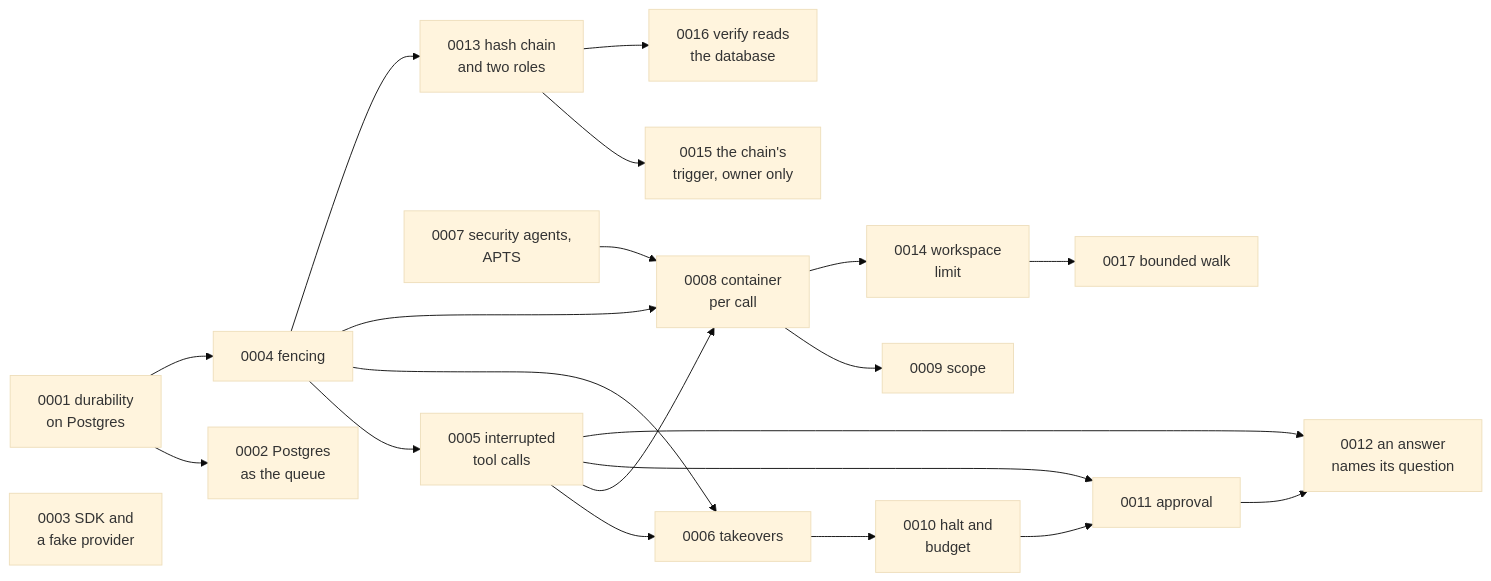
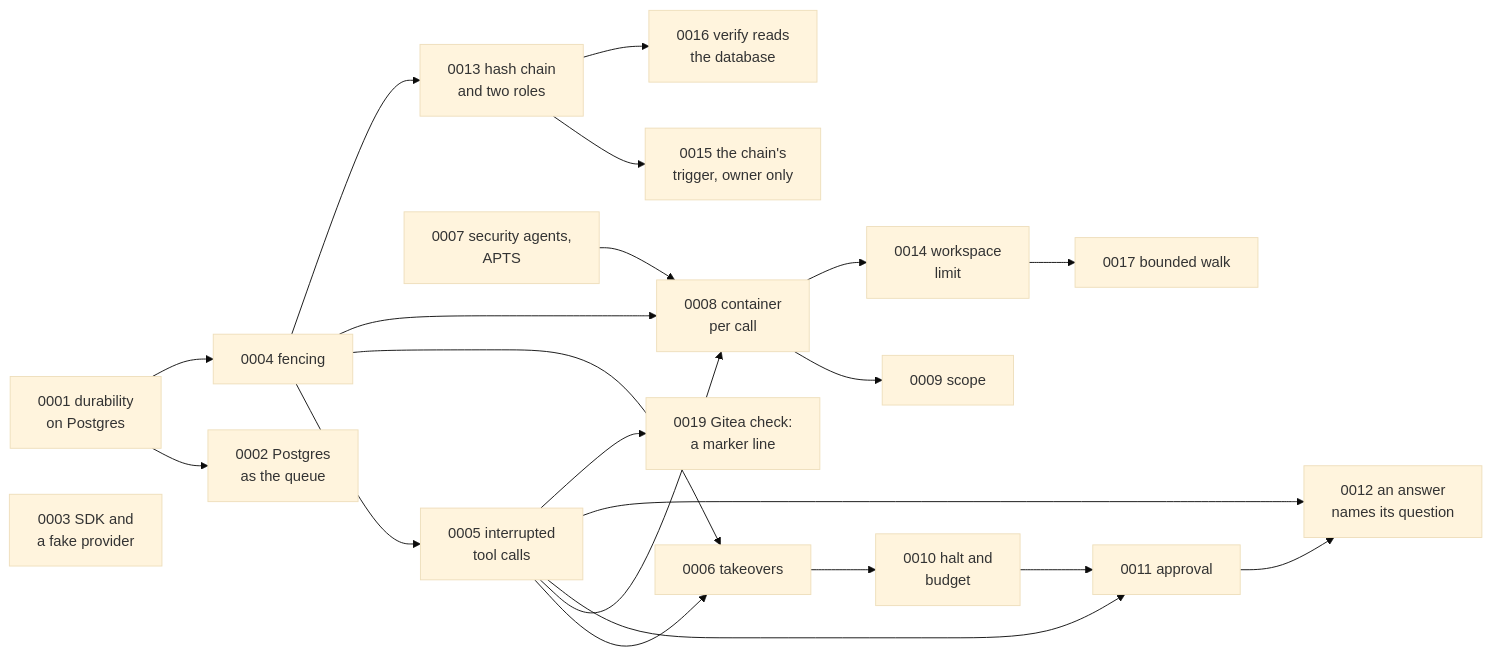
The diagram in docs/adr/README.md (sindredg/agent-runtime), drawn with Mermaid (base theme) before and after one commit. The commit also changed other lines of this file and 27 other files, not shown here.

````diff
--- a/docs/adr/README.md
+++ b/docs/adr/README.md
@@ -6,23 +6,24 @@
 ```mermaid
 flowchart LR
     A1[0001 durability<br/>on Postgres] --> A2[0002 Postgres<br/>as the queue]
     A1 --> A4[0004 fencing]
     A4 --> A5[0005 interrupted<br/>tool calls]
     A4 --> A6[0006 takeovers]
     A5 --> A6
     A7[0007 security agents,<br/>APTS] --> A8[0008 container<br/>per call]
     A4 --> A8
     A5 --> A8
     A8 --> A9[0009 scope]
     A6 --> A10[0010 halt and<br/>budget]
     A5 --> A11[0011 approval]
     A10 --> A11
     A11 --> A12[0012 an answer<br/>names its question]
     A5 --> A12
     A4 --> A13[0013 hash chain<br/>and two roles]
     A8 --> A14[0014 workspace<br/>limit]
     A13 --> A15[0015 the chain's<br/>trigger, owner only]
     A13 --> A16[0016 verify reads<br/>the database]
     A14 --> A17[0017 bounded walk]
+    A5 --> A19[0019 Gitea check:<br/>a marker line]
     A3[0003 SDK and<br/>a fake provider]
 ```
````
